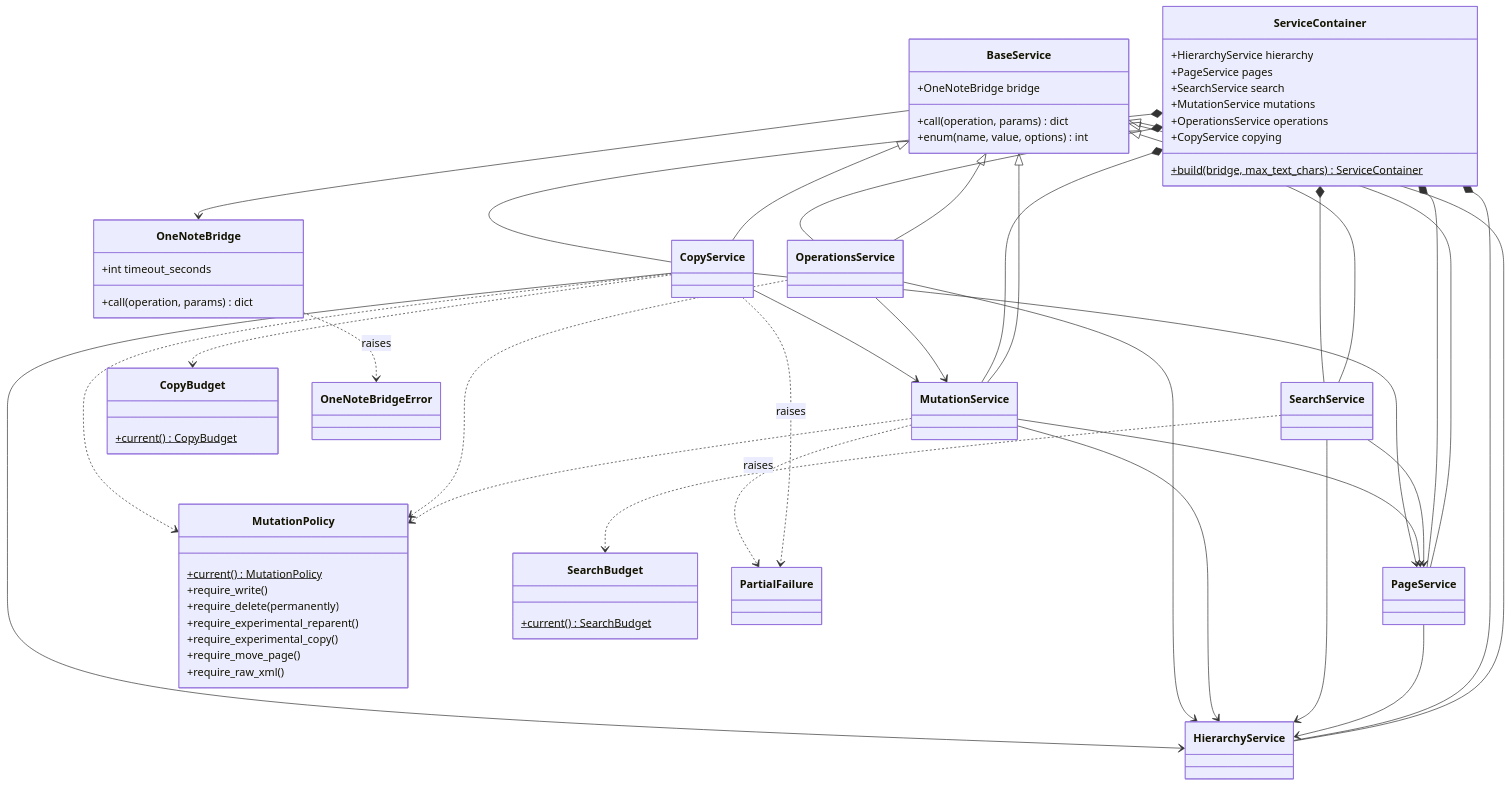
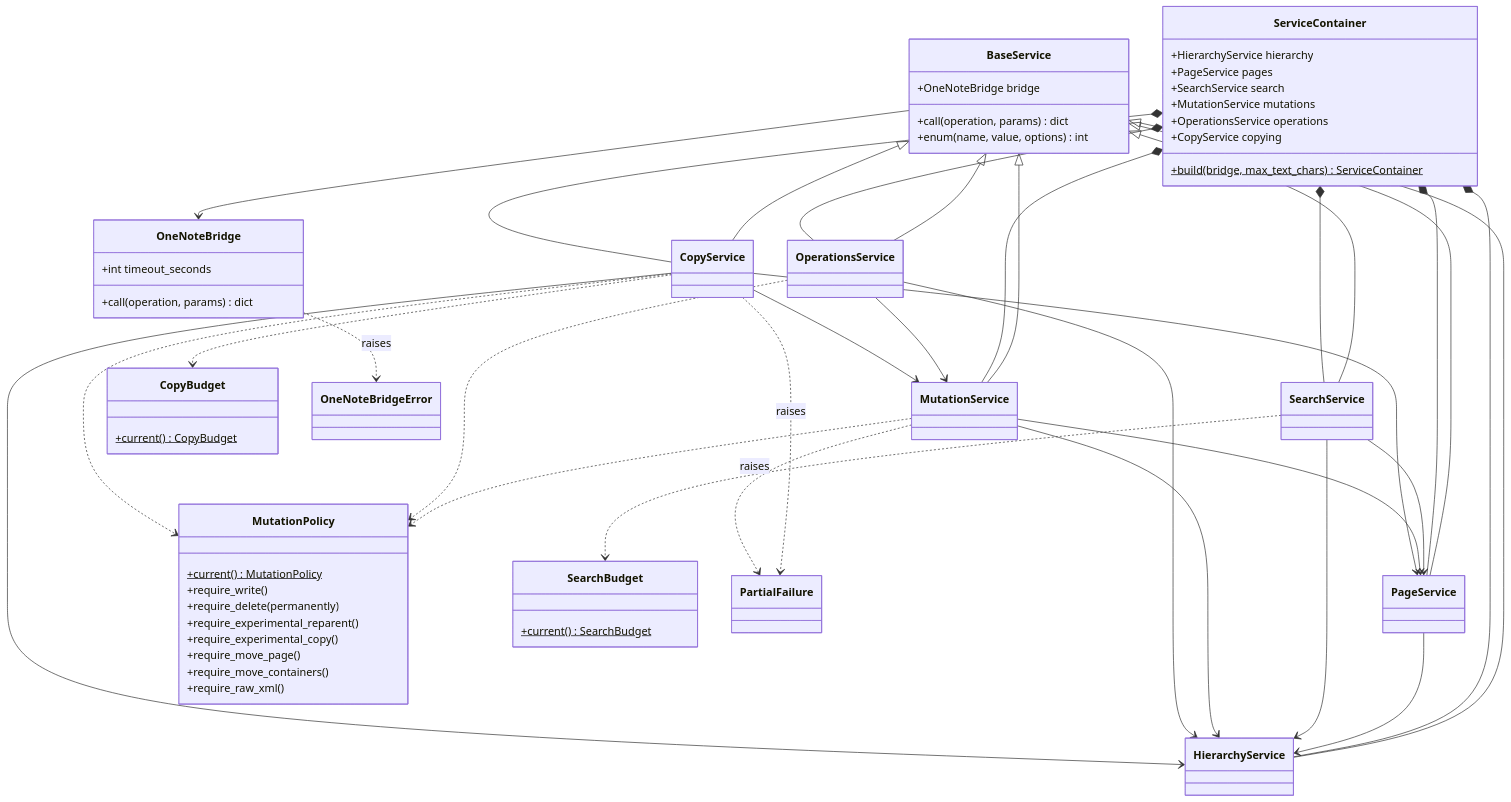
One commit to Kaomsos/onenote-com-mcp changed the second of 6 diagrams in docs/design/architecture.md. Above: the diagram before and after it, drawn with Mermaid. The commit also changed other lines of this file and 14 other files, not shown here.

````diff
--- a/docs/design/architecture.md
+++ b/docs/design/architecture.md
@@ -96,76 +96,77 @@
 ```mermaid
 classDiagram
     class ServiceContainer {
         +HierarchyService hierarchy
         +PageService pages
         +SearchService search
         +MutationService mutations
         +OperationsService operations
         +CopyService copying
         +build(bridge, max_text_chars)$ ServiceContainer
     }
     class BaseService {
         +OneNoteBridge bridge
         +call(operation, params) dict
         +enum(name, value, options) int
     }
     class HierarchyService
     class PageService
     class SearchService
     class MutationService
     class OperationsService
     class CopyService
     class OneNoteBridge {
         +int timeout_seconds
         +call(operation, params) dict
     }
     class MutationPolicy {
         +current()$ MutationPolicy
         +require_write()
         +require_delete(permanently)
         +require_experimental_reparent()
         +require_experimental_copy()
         +require_move_page()
+        +require_move_containers()
         +require_raw_xml()
     }
     class SearchBudget {
         +current()$ SearchBudget
     }
     class CopyBudget {
         +current()$ CopyBudget
     }
     class PartialFailure
     class OneNoteBridgeError
 
     BaseService <|-- HierarchyService
     BaseService <|-- PageService
     BaseService <|-- SearchService
     BaseService <|-- MutationService
     BaseService <|-- OperationsService
     BaseService <|-- CopyService
     ServiceContainer *-- HierarchyService
     ServiceContainer *-- PageService
     ServiceContainer *-- SearchService
     ServiceContainer *-- MutationService
     ServiceContainer *-- OperationsService
     ServiceContainer *-- CopyService
     PageService --> HierarchyService
     SearchService --> HierarchyService
     SearchService --> PageService
     MutationService --> HierarchyService
     MutationService --> PageService
     OperationsService --> HierarchyService
     OperationsService --> MutationService
     CopyService --> HierarchyService
     CopyService --> PageService
     CopyService --> MutationService
     BaseService --> OneNoteBridge
     MutationService ..> MutationPolicy
     OperationsService ..> MutationPolicy
     SearchService ..> SearchBudget
     CopyService ..> MutationPolicy
     CopyService ..> CopyBudget
     CopyService ..> PartialFailure : raises
     MutationService ..> PartialFailure : raises
     OneNoteBridge ..> OneNoteBridgeError : raises
 ```
````
